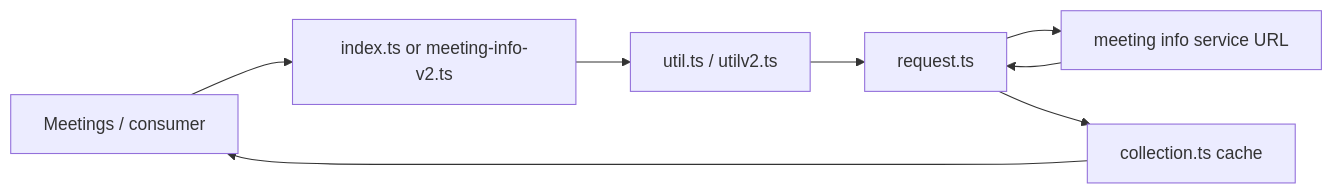
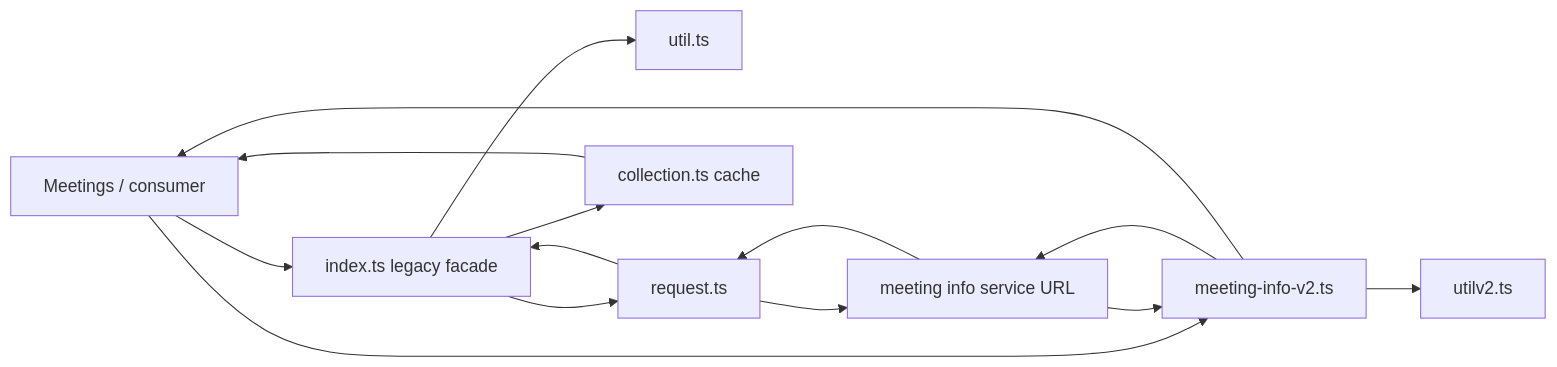
The first of 4 diagrams in packages/@webex/plugin-meetings/src/meeting-info/ai-docs/meeting-info-spec.md (webex/webex-js-sdk), drawn with Mermaid before and after one commit. The commit also changed other lines of this file and 24 other files, not shown here.

````diff
--- a/packages/@webex/plugin-meetings/src/meeting-info/ai-docs/meeting-info-spec.md
+++ b/packages/@webex/plugin-meetings/src/meeting-info/ai-docs/meeting-info-spec.md
@@ -105,10 +119,16 @@
 ```mermaid
 flowchart LR
-  Caller[Meetings / consumer] --> Facade[index.ts or meeting-info-v2.ts]
-  Facade --> Normalize[util.ts / utilv2.ts]
-  Normalize --> Request[request.ts]
+  Caller[Meetings / consumer] --> Legacy[index.ts legacy facade]
+  Caller --> V2[meeting-info-v2.ts]
+  Legacy --> Normalize1[util.ts]
+  Legacy --> Request[request.ts]
+  V2 --> Normalize2[utilv2.ts]
   Request --> Service[meeting info service URL]
+  V2 --> Service
   Service --> Request
-  Request --> Collection[collection.ts cache]
+  Request --> Legacy
+  Legacy --> Collection[collection.ts cache]
   Collection --> Caller
+  Service --> V2
+  V2 --> Caller
 ```
````
